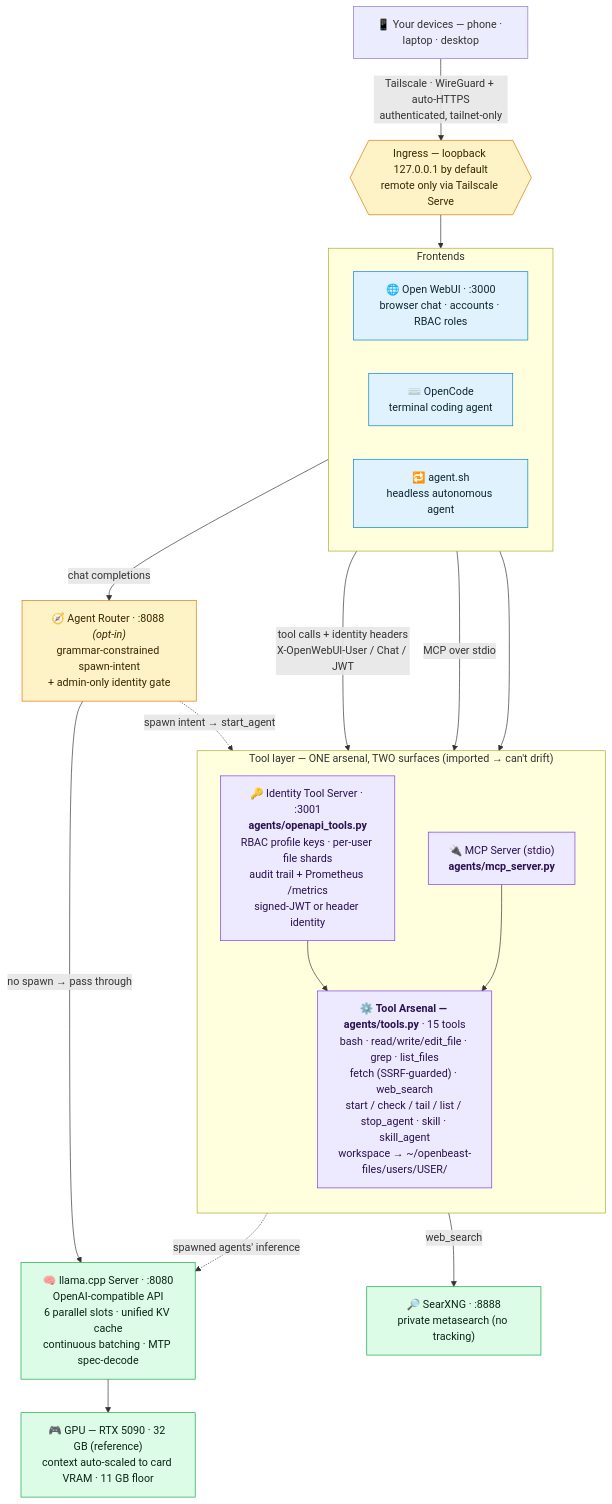
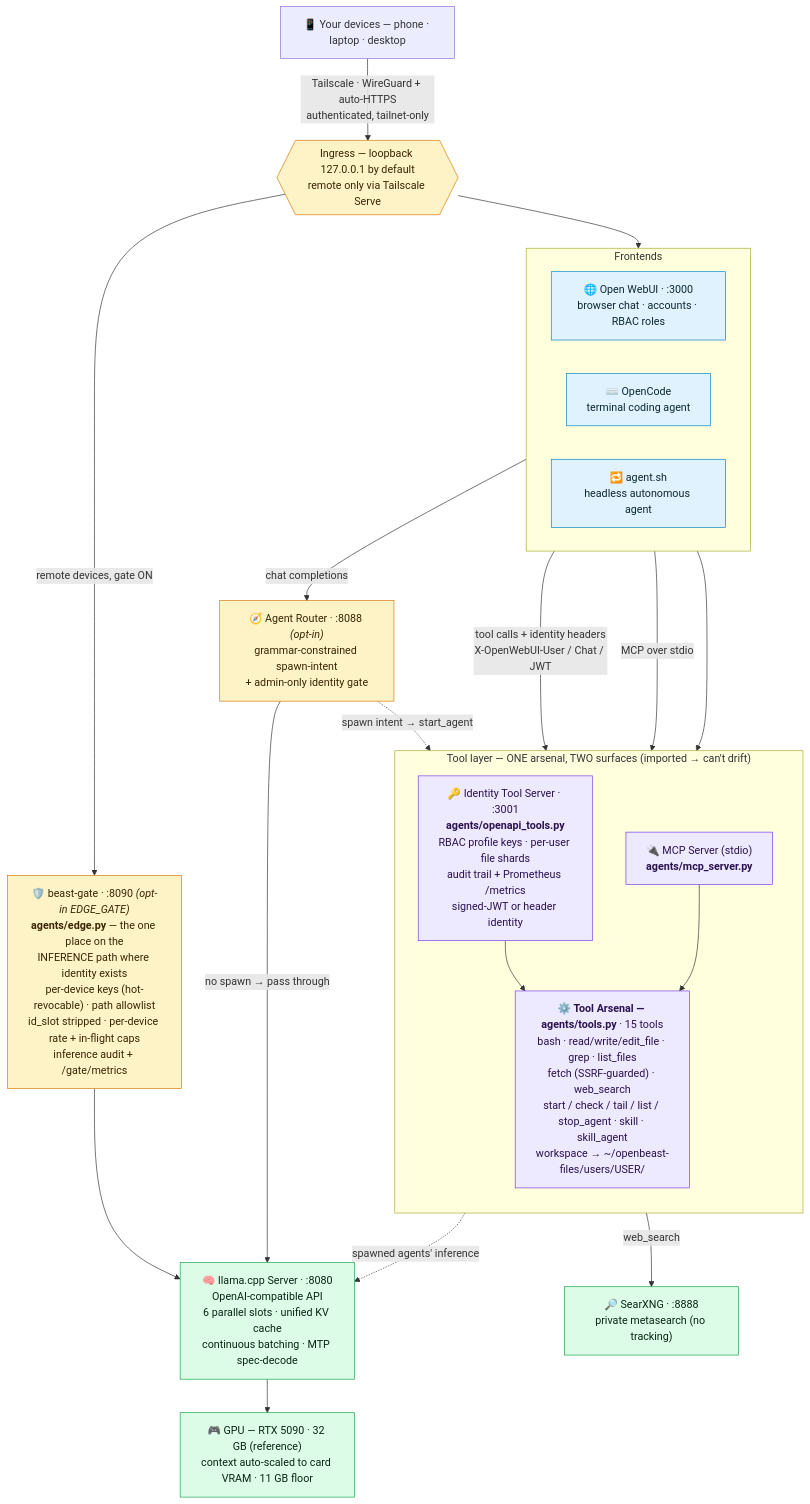
One commit to MaximilianKhan/openbeast changed the second of 2 diagrams in docs/ARCHITECTURE.md. Above: the diagram before and after it, drawn with Mermaid. The commit also changed other lines of this file and 2 other files, not shown here.

First line of the commit message:
docs: redraw the architecture for the client/server + beast-gate reality

````diff
--- a/docs/ARCHITECTURE.md
+++ b/docs/ARCHITECTURE.md
@@ -3,49 +72,52 @@
 ```mermaid
 flowchart TB
     dev["📱 Your devices — phone · laptop · desktop"]
     dev -->|"Tailscale · WireGuard + auto-HTTPS<br/>authenticated, tailnet-only"| edge
     edge{{"Ingress — loopback 127.0.0.1 by default<br/>remote only via Tailscale Serve"}}
+    gate["🛡️ beast-gate · :8090 <i>(opt-in EDGE_GATE)</i><br/><b>agents/edge.py</b> — the one place on the<br/>INFERENCE path where identity exists<br/>per-device keys (hot-revocable) · path allowlist<br/>id_slot stripped · per-device rate + in-flight caps<br/>inference audit + /gate/metrics"]
+    edge -->|"remote devices, gate ON"| gate
+    gate --> llama
 
     subgraph FE["Frontends"]
         direction LR
         webui["🌐 Open WebUI · :3000<br/>browser chat · accounts · RBAC roles"]
         opencode["⌨️ OpenCode<br/>terminal coding agent"]
         agentsh["🔁 agent.sh<br/>headless autonomous agent"]
     end
     edge --> webui
 
     subgraph TOOLS["Tool layer — ONE arsenal, TWO surfaces (imported → can't drift)"]
         direction TB
         its["🔑 Identity Tool Server · :3001<br/><b>agents/openapi_tools.py</b><br/>RBAC profile keys · per-user file shards<br/>audit trail + Prometheus /metrics<br/>signed-JWT or header identity"]
         mcp["🔌 MCP Server (stdio)<br/><b>agents/mcp_server.py</b>"]
         arsenal["⚙️ <b>Tool Arsenal — agents/tools.py</b> · 15 tools<br/>bash · read/write/edit_file · grep · list_files<br/>fetch (SSRF-guarded) · web_search<br/>start / check / tail / list / stop_agent · skill · skill_agent<br/>workspace → ~/openbeast-files/users/USER/"]
         its --> arsenal
         mcp --> arsenal
     end
 
     webui -->|"tool calls + identity headers<br/>X-OpenWebUI-User / Chat / JWT"| its
     opencode -->|"MCP over stdio"| mcp
     agentsh --> arsenal
 
     router["🧭 Agent Router · :8088 <i>(opt-in)</i><br/>grammar-constrained spawn-intent<br/>+ admin-only identity gate"]
     webui -->|"chat completions"| router
     router -->|"no spawn → pass through"| llama
     router -.->|"spawn intent → start_agent"| its
 
     arsenal -->|"web_search"| searxng
     arsenal -.->|"spawned agents' inference"| llama
 
     searxng["🔎 SearXNG · :8888<br/>private metasearch (no tracking)"]
     llama["🧠 llama.cpp Server · :8080<br/>OpenAI-compatible API<br/>6 parallel slots · unified KV cache<br/>continuous batching · MTP spec-decode"]
     gpu["🎮 GPU — RTX 5090 · 32 GB (reference)<br/>context auto-scaled to card VRAM · 11 GB floor"]
     llama --> gpu
 
     classDef fe fill:#e0f2fe,stroke:#0284c7,color:#0c2733;
     classDef tool fill:#ede9fe,stroke:#7c3aed,color:#2a1150;
     classDef inf fill:#dcfce7,stroke:#16a34a,color:#0b2417;
     classDef sec fill:#fef3c7,stroke:#d97706,color:#3a2503;
     class webui,opencode,agentsh fe;
     class its,mcp,arsenal tool;
     class llama,gpu,searxng inf;
-    class edge,router sec;
+    class edge,router,gate sec;
 ```
````
